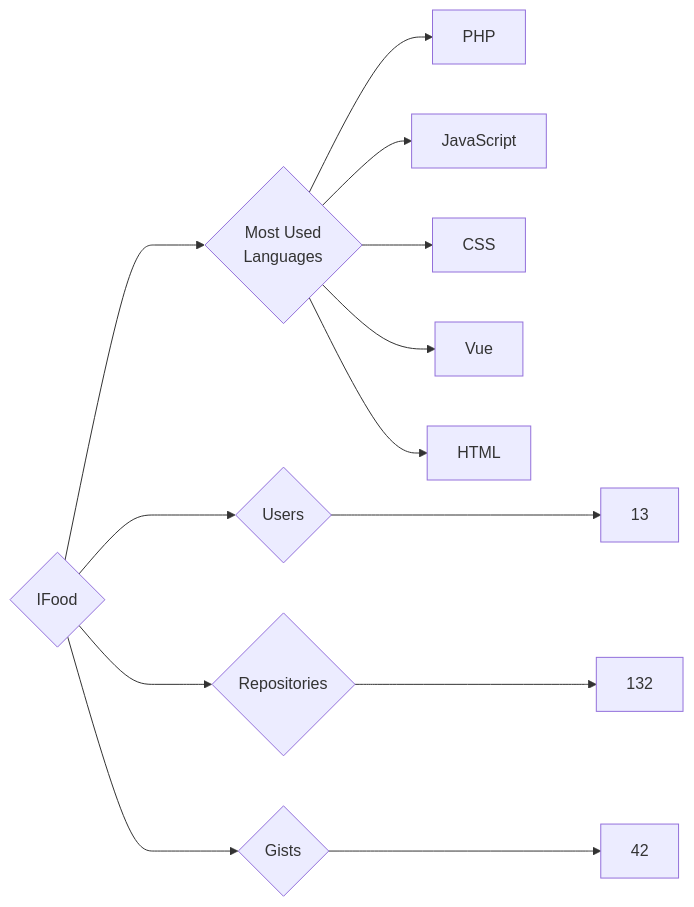
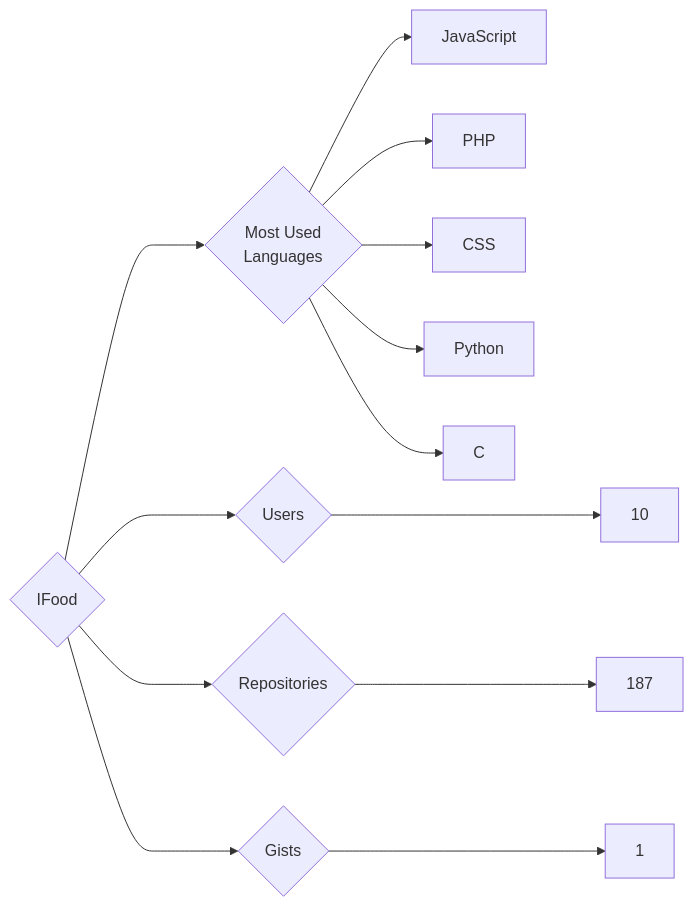
Before and after one commit to trickest/insiders: the diagram in targets/IFood/README.md, drawn with Mermaid. The commit also changed 859 other files, not shown here.

````diff
--- a/targets/IFood/README.md
+++ b/targets/IFood/README.md
@@ -3,13 +3,13 @@
 ```mermaid
 graph LR
 COMPANY_NAME{IFood}
-COMPANY_NAME ---> U{Users} ---> UN[13]
-COMPANY_NAME ---> R{Repositories} ---> RN[132]
-COMPANY_NAME ---> G{Gists} ---> GN[42]
+COMPANY_NAME ---> U{Users} ---> UN[10]
+COMPANY_NAME ---> R{Repositories} ---> RN[187]
+COMPANY_NAME ---> G{Gists} ---> GN[1]
 COMPANY_NAME ---> ML{Most Used<br>Languages}
+ML --> JavaScript[JavaScript]
 ML --> PHP[PHP]
-ML --> JavaScript[JavaScript]
 ML --> CSS[CSS]
-ML --> Vue[Vue]
-ML --> HTML[HTML]
+ML --> Python[Python]
+ML --> C[C]
 ```
````
